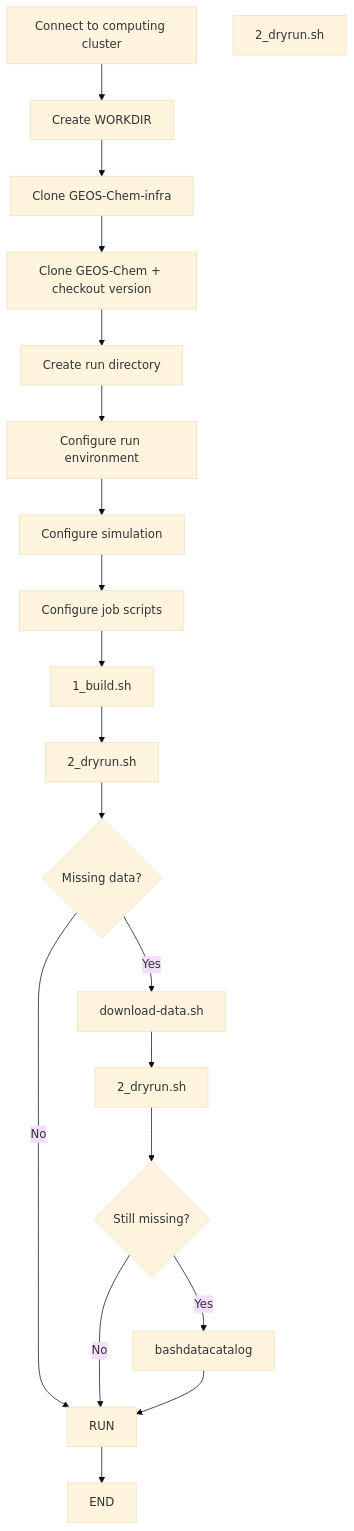
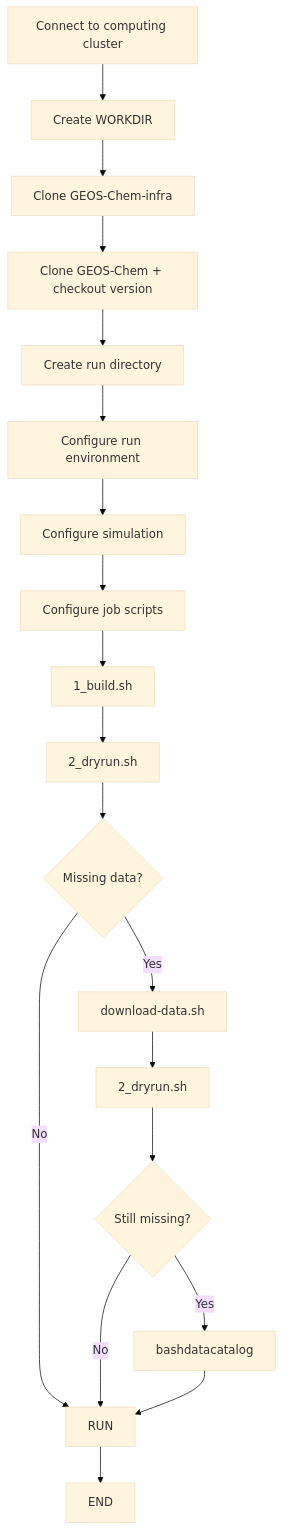
Before and after one commit to GEOS-Chem-IGE/GEOS-Chem-infra: the diagram in doc/README.md, drawn with Mermaid (base theme).

Commit message:
flowchart updated
Removed redundant DRY3 entry and added RUN to END transition.

````diff
--- a/doc/README.md
+++ b/doc/README.md
@@ -13,48 +13,48 @@
 ```mermaid
 flowchart TD
 
     A[Connect to computing cluster]
     B[Create WORKDIR]
     C[Clone GEOS-Chem-infra]
     D[Clone GEOS-Chem + checkout version]
     E[Create run directory]
     F[Configure run environment]
     G[Configure simulation]
     H[Configure job scripts]
     
     BUILD["1_build.sh"]
     DRY1["2_dryrun.sh"]
     MISS{"Missing data?"}
 
     DOWNLOAD["download-data.sh"]
     DRY2["2_dryrun.sh"]
     STILL{"Still missing?"}
 
     CATALOG["bashdatacatalog"]
-    DRY3["2_dryrun.sh"]
 
 
     A --> B
     B --> C
     C --> D
     D --> E
     E --> F
     F --> G
     G --> H
     H --> BUILD
     BUILD --> DRY1
     DRY1 --> MISS
 
     MISS -- "No" --> RUN
     MISS -- "Yes" --> DOWNLOAD
 
     DOWNLOAD --> DRY2
     DRY2 --> STILL
 
     STILL -- "No" --> RUN
     STILL -- "Yes" --> CATALOG
 
     CATALOG --> RUN
+   
 
     RUN --> END
 ```
````
